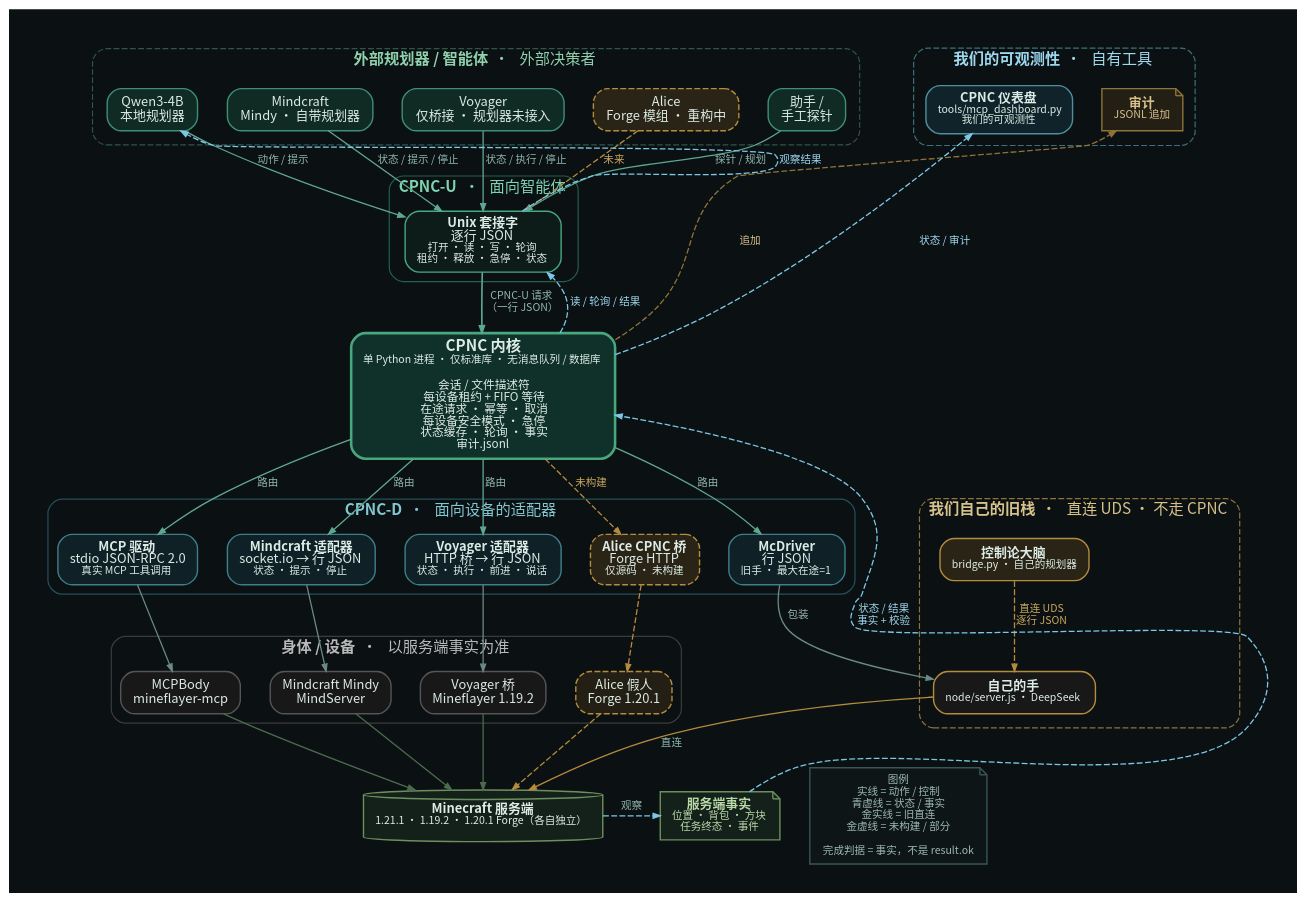
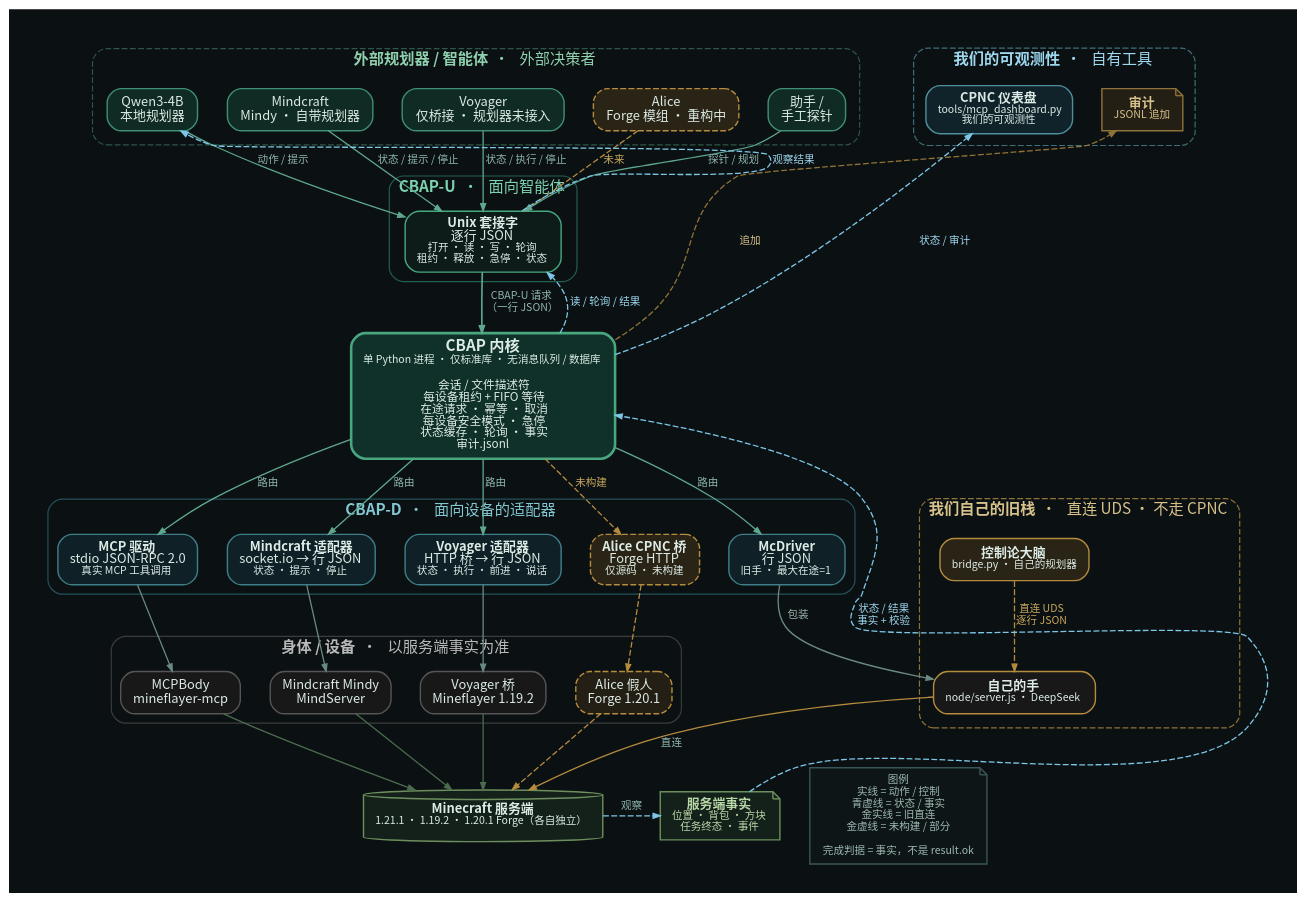
The diagram in docs/diagrams/cbap-structure-zh.dot (cyberdyne-bridge/cyberdyne-bridge-agent-physical-protocol), drawn with Graphviz before and after one commit. The commit also changed 37 other files, not shown here.

First line of the commit message:
naming: define CBAP as a CPNC subprotocol

```diff
--- a/docs/diagrams/cbap-structure-zh.dot
+++ b/docs/diagrams/cbap-structure-zh.dot
@@ -1,147 +1,147 @@
 digraph CPNC {
   graph [
     rankdir=TB,
     bgcolor="#0b1012",
     fontname="Noto Sans CJK SC",
     fontcolor="#8fb7af",
     fontsize=13,
     nodesep=0.35,
     ranksep=0.45,
     pad=0.35,
     splines=true,
     compound=true
   ];
   node [
     shape=box,
     style="rounded,filled",
     fontname="Noto Sans CJK SC",
     fontsize=11,
     fontcolor="#dcebe5",
     color="#31484a",
     fillcolor="#121e21",
     penwidth=1.2,
     margin="0.14,0.08"
   ];
   edge [
     color="#5fa88f",
     fontname="Noto Sans CJK SC",
     fontsize=9,
     fontcolor="#8fb7af",
     arrowsize=0.6,
     penwidth=1.1
   ];
 
   subgraph cluster_agents {
     label=<<B>外部规划器 / 智能体</B>   ·   外部决策者>;
     style="rounded,dashed"; color="#2d5548"; fontcolor="#8fd0ae";
     margin=12;
     qwen  [label="Qwen3-4B\n本地规划器", fillcolor="#102b24", color="#3f8f75"];
     mind  [label="Mindcraft\nMindy · 自带规划器", fillcolor="#102b24", color="#3f8f75"];
     voy   [label="Voyager\n仅桥接 · 规划器未接入", fillcolor="#102b24", color="#3f8f75"];
     alice [label="Alice\nForge 模组 · 重构中", style="rounded,filled,dashed", fillcolor="#2a2416", color="#b58b3e"];
     manual[label="助手 /\n手工探针", fillcolor="#102b24", color="#3f8f75"];
   }
 
   subgraph cluster_own {
     label=<<B>我们自己的旧栈</B>   ·   直连 UDS · 不走 CPNC>;
     style="rounded,dashed"; color="#8f7338"; fontcolor="#d8c28c";
     margin=12;
     ownbrain [label=<<B>控制论大脑</B><BR/><FONT POINT-SIZE="9">bridge.py · 自己的规划器</FONT>>, fillcolor="#2a2416", color="#b58b3e"];
     ownhand  [label=<<B>自己的手</B><BR/><FONT POINT-SIZE="9">node/server.js · DeepSeek</FONT>>, fillcolor="#181818", color="#b58b3e"];
     ownbrain -> ownhand [label=" 直连 UDS\n 逐行 JSON", color="#b58b3e", style=dashed, fontcolor="#c9a85e"];
   }
 
   subgraph cluster_u {
-    label=<<B>CPNC-U</B>   ·   面向智能体>;
+    label=<<B>CBAP-U</B>   ·   面向智能体>;
     style="rounded"; color="#23614f"; fontcolor="#7dd3b0";
     uds_u [shape=box, style="rounded,filled", fillcolor="#0d1c19", color="#47a980",
            label=<<B>Unix 套接字</B><BR/>逐行 JSON<BR/><FONT POINT-SIZE="9">打开 · 读 · 写 · 轮询</FONT><BR/><FONT POINT-SIZE="9">租约 · 释放 · 急停 · 状态</FONT>>];
   }
 
-  kernel [label=<<B>CPNC 内核</B><BR/><FONT POINT-SIZE="9">单 Python 进程 · 仅标准库 · 无消息队列 / 数据库</FONT><BR/><BR/><FONT POINT-SIZE="10">会话 / 文件描述符</FONT><BR/><FONT POINT-SIZE="10">每设备租约 + FIFO 等待</FONT><BR/><FONT POINT-SIZE="10">在途请求 · 幂等 · 取消</FONT><BR/><FONT POINT-SIZE="10">每设备安全模式 · 急停</FONT><BR/><FONT POINT-SIZE="10">状态缓存 · 轮询 · 事实</FONT><BR/><FONT POINT-SIZE="10">审计.jsonl</FONT>>,
+  kernel [label=<<B>CBAP 内核</B><BR/><FONT POINT-SIZE="9">单 Python 进程 · 仅标准库 · 无消息队列 / 数据库</FONT><BR/><BR/><FONT POINT-SIZE="10">会话 / 文件描述符</FONT><BR/><FONT POINT-SIZE="10">每设备租约 + FIFO 等待</FONT><BR/><FONT POINT-SIZE="10">在途请求 · 幂等 · 取消</FONT><BR/><FONT POINT-SIZE="10">每设备安全模式 · 急停</FONT><BR/><FONT POINT-SIZE="10">状态缓存 · 轮询 · 事实</FONT><BR/><FONT POINT-SIZE="10">审计.jsonl</FONT>>,
           fillcolor="#103129", color="#48a77f", penwidth=2.2, fontsize=13];
 
   subgraph cluster_d {
-    label=<<B>CPNC-D</B>   ·   面向设备的适配器>;
+    label=<<B>CBAP-D</B>   ·   面向设备的适配器>;
     style="rounded"; color="#24515b"; fontcolor="#83c7d3";
     mc_drv   [label=<<B>McDriver</B><BR/>行 JSON<BR/><FONT POINT-SIZE="9">旧手 · 最大在途=1</FONT>>, fillcolor="#0f2026", color="#3f7f8a"];
     mcp_drv  [label=<<B>MCP 驱动</B><BR/>stdio JSON-RPC 2.0<BR/><FONT POINT-SIZE="9">真实 MCP 工具调用</FONT>>, fillcolor="#0f2026", color="#3f7f8a"];
     mind_drv [label=<<B>Mindcraft 适配器</B><BR/>socket.io → 行 JSON<BR/><FONT POINT-SIZE="9">状态 · 提示 · 停止</FONT>>, fillcolor="#0f2026", color="#3f7f8a"];
     voy_drv  [label=<<B>Voyager 适配器</B><BR/>HTTP 桥 → 行 JSON<BR/><FONT POINT-SIZE="9">状态 · 执行 · 前进 · 说话</FONT>>, fillcolor="#0f2026", color="#3f7f8a"];
     alice_drv[label=<<B>Alice CPNC 桥</B><BR/>Forge HTTP<BR/><FONT POINT-SIZE="9">仅源码 · 未构建</FONT>>, style="rounded,filled,dashed", fillcolor="#2a2416", color="#b58b3e"];
   }
 
   subgraph cluster_b {
     label=<<B>身体 / 设备</B>   ·   以服务端事实为准>;
     style="rounded"; color="#3c3c3c"; fontcolor="#b9b9b9";
     mcp    [label="MCPBody\nmineflayer-mcp", fillcolor="#181818", color="#555555"];
     mindy  [label="Mindcraft Mindy\nMindServer", fillcolor="#181818", color="#555555"];
     vbody  [label="Voyager 桥\nMineflayer 1.19.2", fillcolor="#181818", color="#555555"];
     aliceb [label="Alice 假人\nForge 1.20.1", style="rounded,filled,dashed", fillcolor="#241f14", color="#b58b3e"];
   }
 
   mc [label=<<B>Minecraft 服务端</B><BR/><FONT POINT-SIZE="9">1.21.1 · 1.19.2 · 1.20.1 Forge（各自独立）</FONT>>,
       shape=cylinder, fillcolor="#14201a", color="#6d8f5d"];
 
   facts [shape=note, style="filled", fillcolor="#14201a", color="#6d8f5d",
          fontcolor="#b9d8a8",
          label=<<B>服务端事实</B><BR/><FONT POINT-SIZE="9">位置 · 背包 · 方块<BR/>任务终态 · 事件</FONT>>];
 
   subgraph cluster_obs {
     label=<<B>我们的可观测性</B>   ·   自有工具>;
     style="rounded,dashed"; color="#3f6f7a"; fontcolor="#9ed8ef";
     margin=10;
     audit [shape=note, style="filled", fillcolor="#241f14", color="#8f7338",
            fontcolor="#d8c28c",
            label=<<B>审计</B><BR/><FONT POINT-SIZE="9">JSONL 追加</FONT>>];
     dashboard [shape=box, style="rounded,filled", fillcolor="#10232a", color="#4f8f9d",
                label=<<B>CPNC 仪表盘</B><BR/><FONT POINT-SIZE="9">tools/mcp_dashboard.py</FONT><BR/><FONT POINT-SIZE="9">我们的可观测性</FONT>>];
   }
 
   legend [shape=note, style="filled", fillcolor="#0d1517", color="#3a5557",
           fontcolor="#9db8b0", fontsize=9,
           label="图例\n实线 = 动作 / 控制\n青虚线 = 状态 / 事实\n金实线 = 旧直连\n金虚线 = 未构建 / 部分\n\n完成判据 = 事实，不是 result.ok"];
 
   // agents → UDS
   qwen -> uds_u [label=" 动作 / 提示"];
   mind -> uds_u [label=" 状态 / 提示 / 停止"];
   voy  -> uds_u [label=" 状态 / 执行 / 停止"];
   manual -> uds_u [label=" 探针 / 规划"];
   alice -> uds_u [style=dashed, color="#b58b3e", label=" 未来", fontcolor="#c9a85e"];
 
   // UDS → kernel
-  uds_u -> kernel [label=" CPNC-U 请求\n  （一行 JSON）", color="#5fa88f", penwidth=1.4];
+  uds_u -> kernel [label=" CBAP-U 请求\n  （一行 JSON）", color="#5fa88f", penwidth=1.4];
 
   // kernel → adapters
   kernel -> mc_drv   [label=" 路由", color="#5fa88f"];
   kernel -> mcp_drv  [label=" 路由", color="#5fa88f"];
   kernel -> mind_drv [label=" 路由", color="#5fa88f"];
   kernel -> voy_drv  [label=" 路由", color="#5fa88f"];
   kernel -> alice_drv [style=dashed, color="#b58b3e", label=" 未构建", fontcolor="#c9a85e"];
 
   // adapters → bodies
   mc_drv -> ownhand  [color="#6b8a83", label=" 包装", fontcolor="#9db8b0"];
   mcp_drv -> mcp     [color="#6b8a83"];
   mind_drv -> mindy  [color="#6b8a83"];
   voy_drv -> vbody   [color="#6b8a83"];
   alice_drv -> aliceb [style=dashed, color="#b58b3e"];
 
   // bodies → server
   ownhand -> mc [color="#b58b3e", label=" 直连"];
   mcp -> mc    [color="#4c6b4f"];
   mindy -> mc  [color="#4c6b4f"];
   vbody -> mc  [color="#4c6b4f"];
   aliceb -> mc [style=dashed, color="#b58b3e"];
 
   // facts return (conceptual)
   mc -> facts [style=dashed, color="#7cc7e8", label=" 观察", constraint=false];
   facts -> kernel [style=dashed, color="#7cc7e8", label=" 状态 / 结果\n 事实 + 校验", fontcolor="#9ed8ef", constraint=false];
   kernel -> uds_u [style=dashed, color="#7cc7e8", label=" 读 / 轮询 / 结果", fontcolor="#9ed8ef", constraint=false];
   uds_u -> qwen [style=dashed, color="#7cc7e8", label=" 观察结果", fontcolor="#9ed8ef", constraint=false];
 
   { rank=same; mc; facts; legend; }
 
   kernel -> audit [style=dashed, color="#8f7338", label=" 追加", fontcolor="#d8c28c", constraint=false];
   kernel -> dashboard [style=dashed, color="#7cc7e8", label=" 状态 / 审计", fontcolor="#9ed8ef", constraint=false];
 
         }
```
